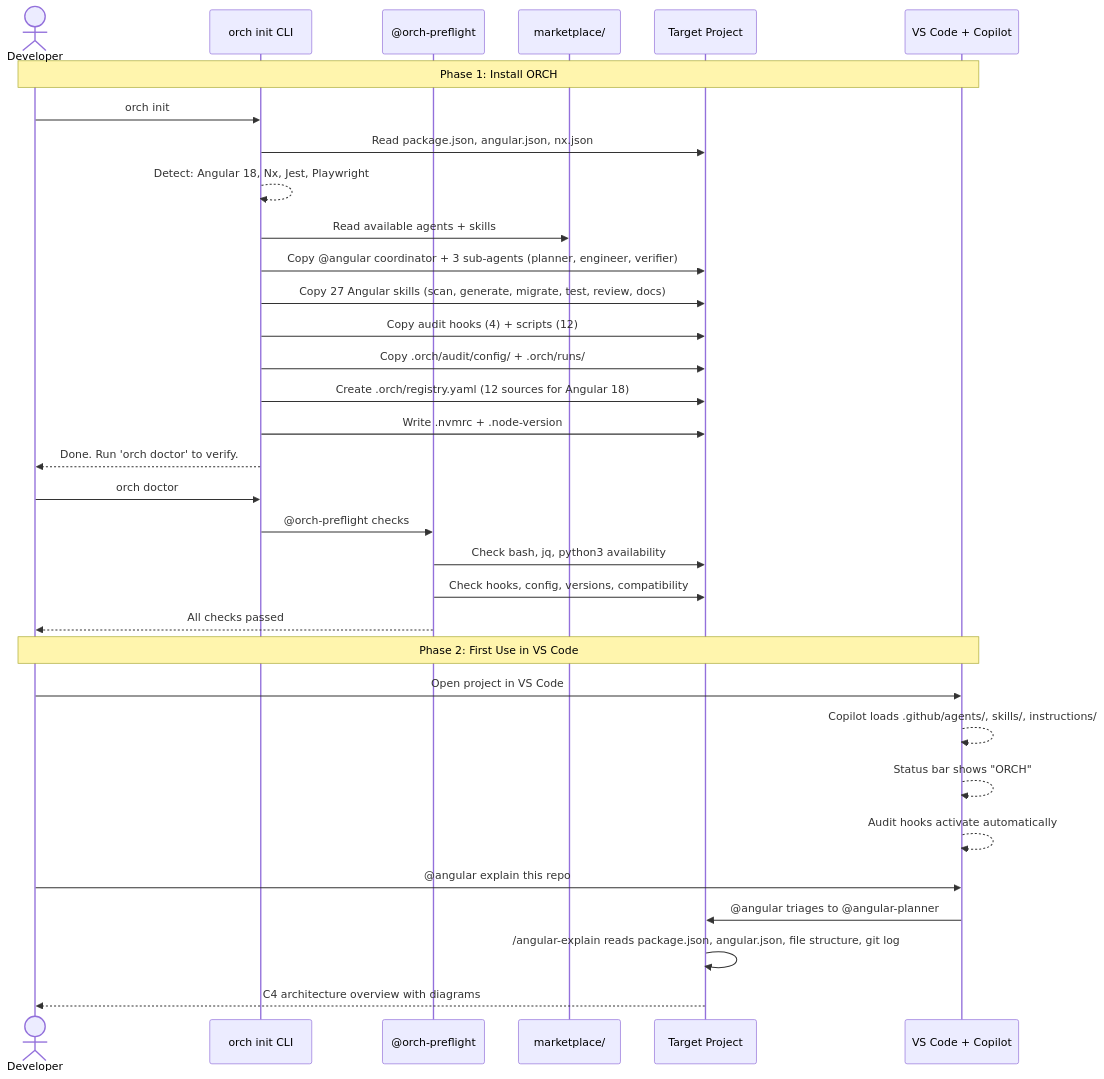
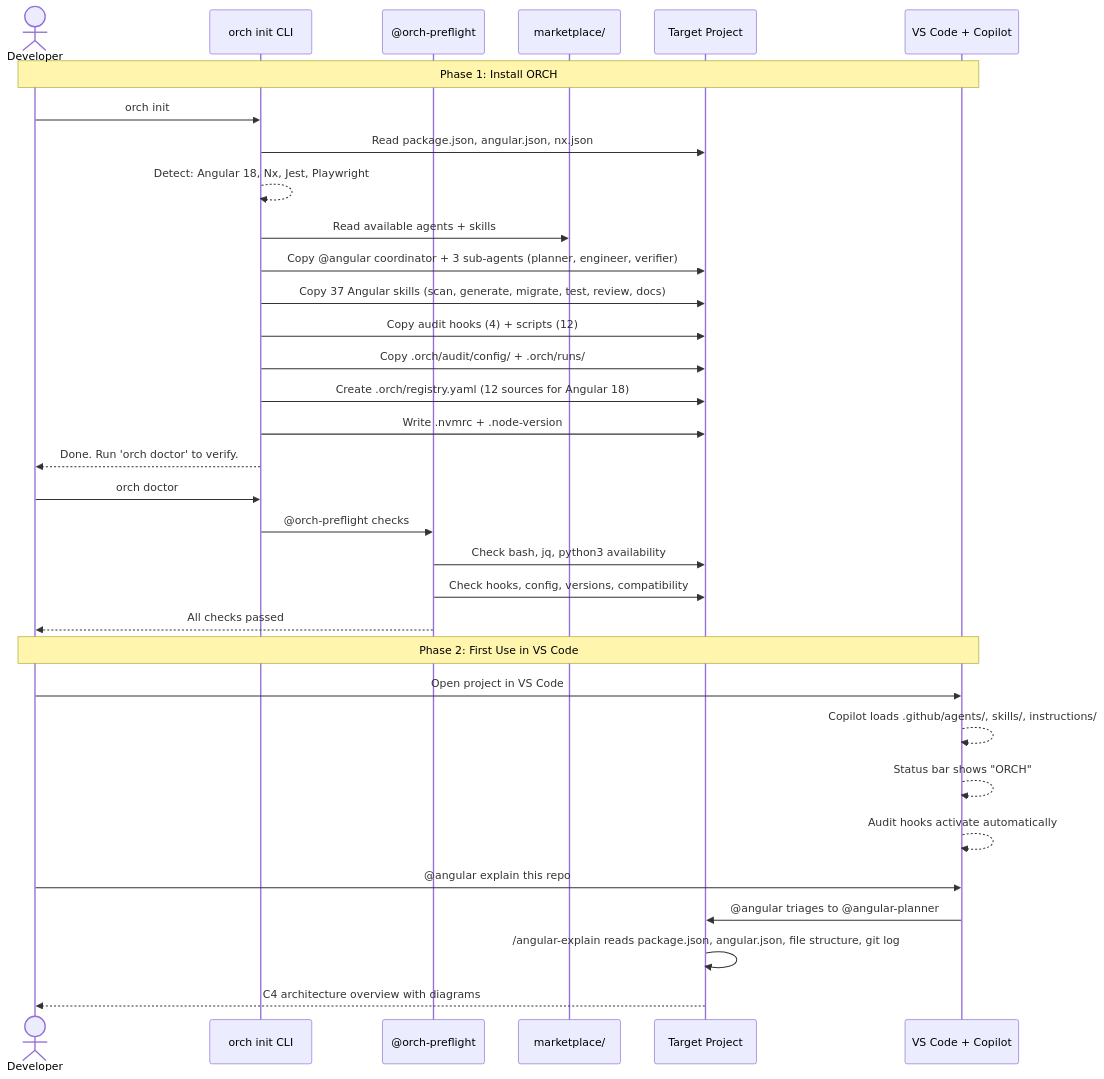
Before and after one commit to oneinthebox/vscode-ghcp-agents: the first of 6 diagrams in docs/prd.md, drawn with Mermaid. The commit also changed other lines of this file and 24 other files, not shown here.

````diff
--- a/docs/prd.md
+++ b/docs/prd.md
@@ -480,41 +481,41 @@
 ```mermaid
 sequenceDiagram
     actor Dev as Developer
     participant CLI as orch init CLI
     participant PF as @orch-preflight
     participant MP as marketplace/
     participant Proj as Target Project
     participant VS as VS Code + Copilot
 
     Note over Dev,VS: Phase 1: Install ORCH
 
     Dev->>CLI: orch init
     CLI->>Proj: Read package.json, angular.json, nx.json
     CLI-->>CLI: Detect: Angular 18, Nx, Jest, Playwright
     CLI->>MP: Read available agents + skills
     CLI->>Proj: Copy @angular coordinator + 3 sub-agents (planner, engineer, verifier)
-    CLI->>Proj: Copy 27 Angular skills (scan, generate, migrate, test, review, docs)
+    CLI->>Proj: Copy 37 Angular skills (scan, generate, migrate, test, review, docs)
     CLI->>Proj: Copy audit hooks (4) + scripts (12)
     CLI->>Proj: Copy .orch/audit/config/ + .orch/runs/
     CLI->>Proj: Create .orch/registry.yaml (12 sources for Angular 18)
     CLI->>Proj: Write .nvmrc + .node-version
     CLI-->>Dev: Done. Run 'orch doctor' to verify.
 
     Dev->>CLI: orch doctor
     CLI->>PF: @orch-preflight checks
     PF->>Proj: Check bash, jq, python3 availability
     PF->>Proj: Check hooks, config, versions, compatibility
     PF-->>Dev: All checks passed
 
     Note over Dev,VS: Phase 2: First Use in VS Code
 
     Dev->>VS: Open project in VS Code
     VS-->>VS: Copilot loads .github/agents/, skills/, instructions/
     VS-->>VS: Status bar shows "ORCH"
     VS-->>VS: Audit hooks activate automatically
 
     Dev->>VS: @angular explain this repo
     VS->>Proj: @angular triages to @angular-planner
     Proj->>Proj: /angular-explain reads package.json, angular.json, file structure, git log
     Proj-->>Dev: C4 architecture overview with diagrams
 ```
````
